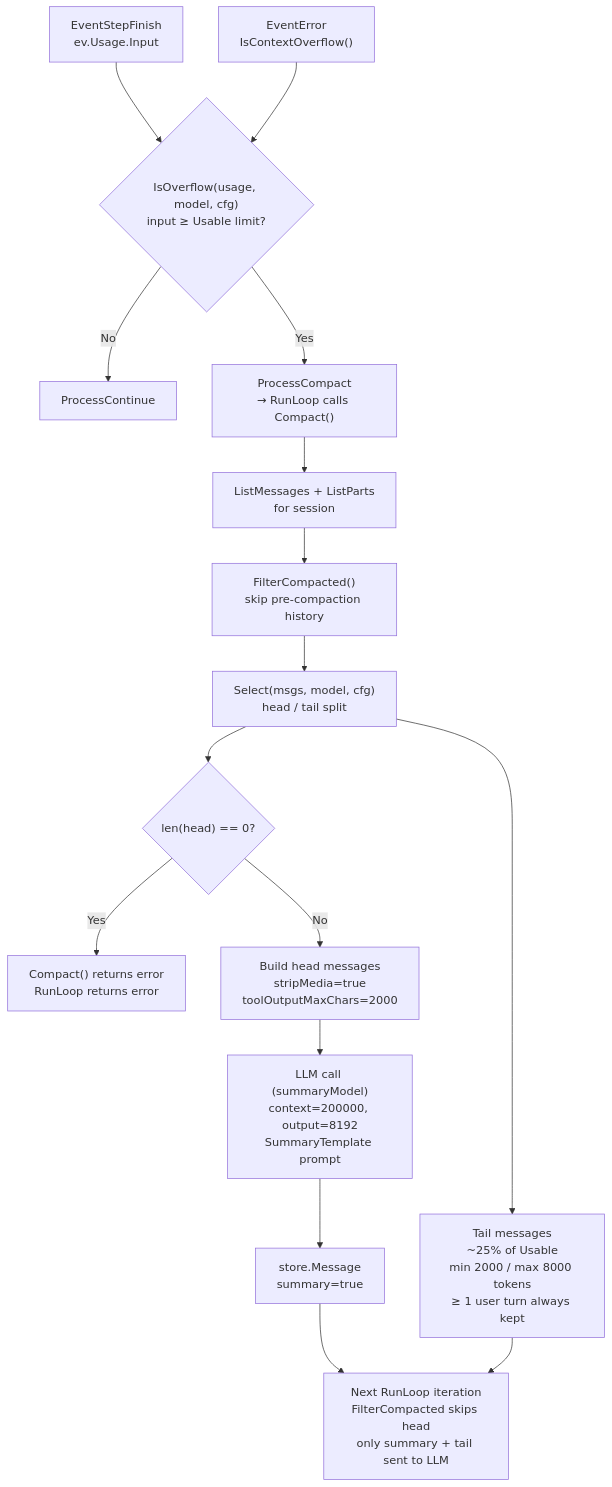
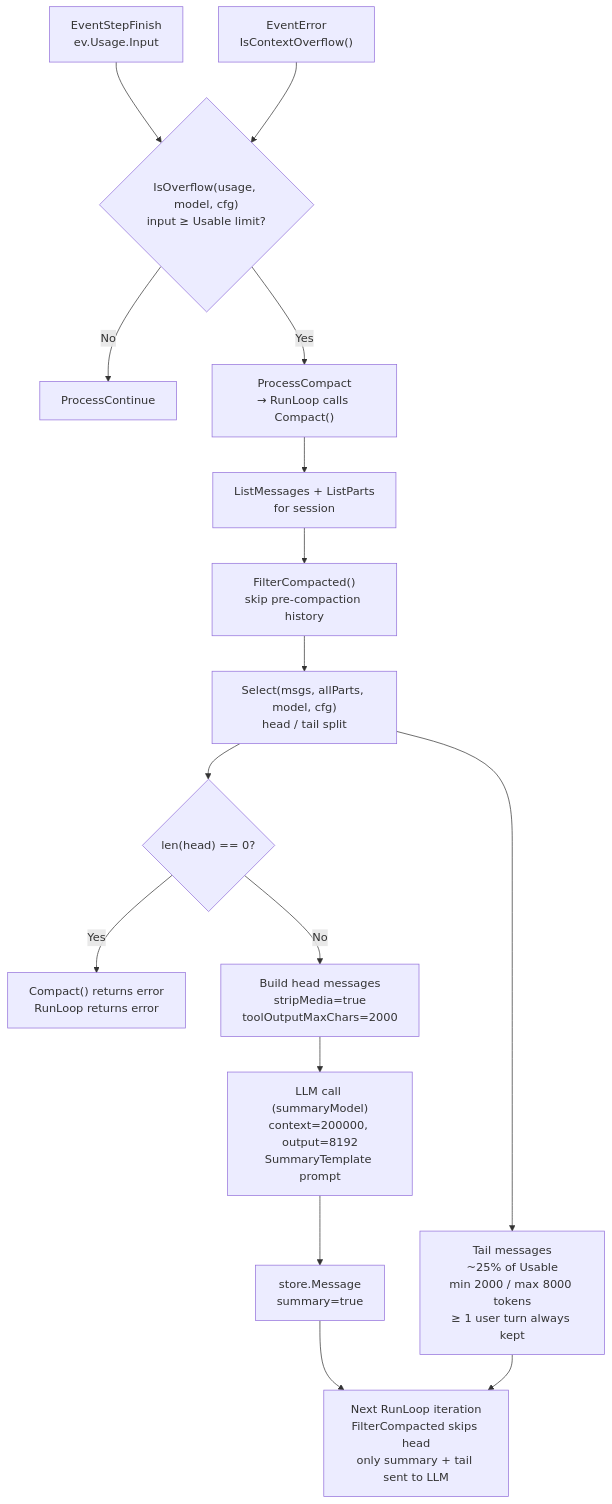
Before and after one commit to larryhou/llm-go: the third of 6 diagrams in .opencode/skills/llm/SKILL.md, drawn with Mermaid. The commit also changed other lines of this file and 3 other files, not shown here.

First line of the commit message:
fix(session): cache msgs/allParts in RunLoop; Select() uses PartTypeCompaction

````diff
--- a/.opencode/skills/llm/SKILL.md
+++ b/.opencode/skills/llm/SKILL.md
@@ -92,23 +95,23 @@
 ```mermaid
 flowchart TD
     StepFinish["EventStepFinish\nev.Usage.Input"] --> IsOverflow{"IsOverflow(usage, model, cfg)\ninput ≥ Usable limit?"}
     ProviderError["EventError\nIsContextOverflow()"] --> IsOverflow
     IsOverflow -- No --> Continue["ProcessContinue"]
     IsOverflow -- Yes --> ProcessCompact["ProcessCompact\n→ RunLoop calls Compact()"]
 
     ProcessCompact --> ListMsgs["ListMessages + ListParts\nfor session"]
     ListMsgs --> FilterCompacted["FilterCompacted()\nskip pre-compaction history"]
-    FilterCompacted --> Select["Select(msgs, model, cfg)\nhead / tail split"]
+    FilterCompacted --> Select["Select(msgs, allParts, model, cfg)\nhead / tail split"]
 
     Select --> NothingToSummarise{"len(head) == 0?"}
     NothingToSummarise -- Yes --> CompactFail["Compact() returns error\nRunLoop returns error"]
     NothingToSummarise -- No --> BuildHead["Build head messages\nstripMedia=true\ntoolOutputMaxChars=2000"]
 
     BuildHead --> SummaryLLM["LLM call (summaryModel)\ncontext=200000, output=8192\nSummaryTemplate prompt"]
     SummaryLLM --> SummaryMsg["store.Message\nsummary=true"]
 
     Select --> Tail["Tail messages\n~25% of Usable\nmin 2000 / max 8000 tokens\n≥ 1 user turn always kept"]
 
     SummaryMsg --> NextTurn["Next RunLoop iteration\nFilterCompacted skips head\nonly summary + tail sent to LLM"]
     Tail --> NextTurn
 ```
````
